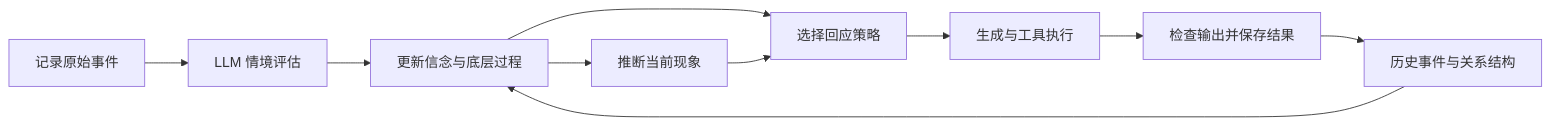
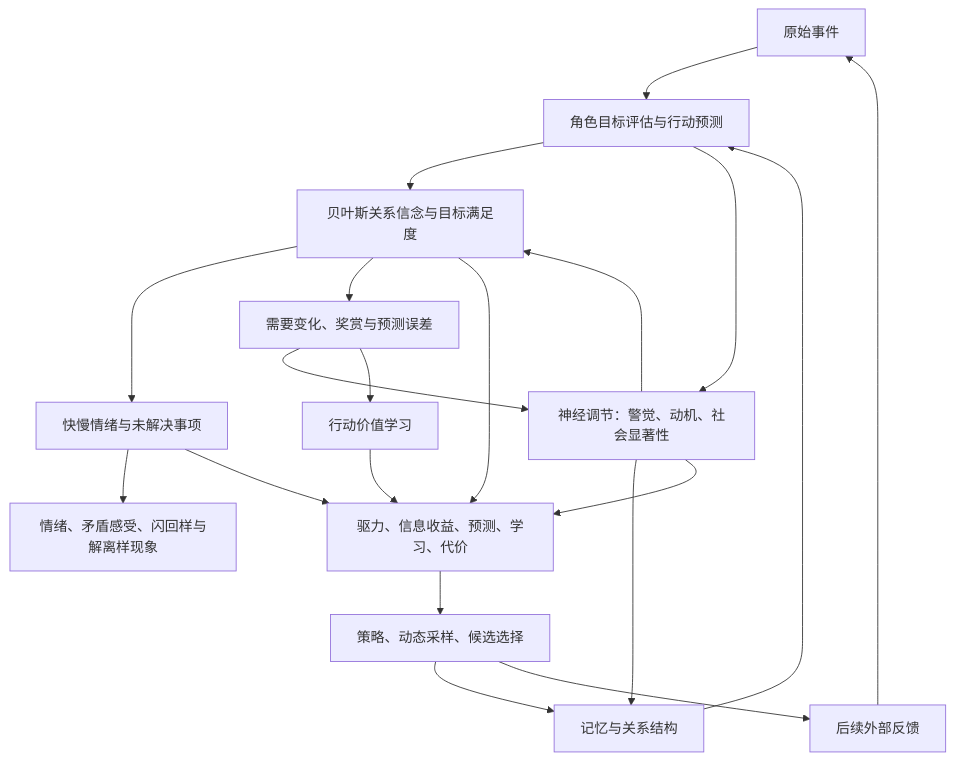
One commit to X3evendren/character_mind changed the diagram in README.md. Above: the diagram before and after it, drawn with Mermaid. The commit also changed other lines of this file and 47 other files, not shown here.

````diff
--- a/README.md
+++ b/README.md
@@ -39,12 +37,22 @@
 ```mermaid
-flowchart LR
-  A[记录原始事件] --> B[LLM 情境评估]
-  B --> C[更新信念与底层过程]
-  M[历史事件与关系结构] --> C
-  C --> D[推断当前现象]
-  C --> E[选择回应策略]
-  D --> E
-  E --> F[生成与工具执行]
-  F --> G[检查输出并保存结果]
-  G --> M
+flowchart TD
+  E[原始事件] --> A[角色目标评估与行动预测]
+  M[记忆与关系结构] --> A
+  A --> B[贝叶斯关系信念与目标满足度]
+  A --> N[神经调节：警觉、动机、社会显著性]
+  N --> B
+  N --> M
+  B --> F[快慢情绪与未解决事项]
+  F --> P[情绪、矛盾感受、闪回样与解离样现象]
+  B --> R[需要变化、奖赏与预测误差]
+  R --> N
+  R --> L[行动价值学习]
+  B --> D[驱力、信息收益、预测、学习、代价]
+  N --> D
+  L --> D
+  F --> D
+  D --> O[策略、动态采样、候选选择]
+  O --> M
+  O --> E2[后续外部反馈]
+  E2 --> E
 ```
````
